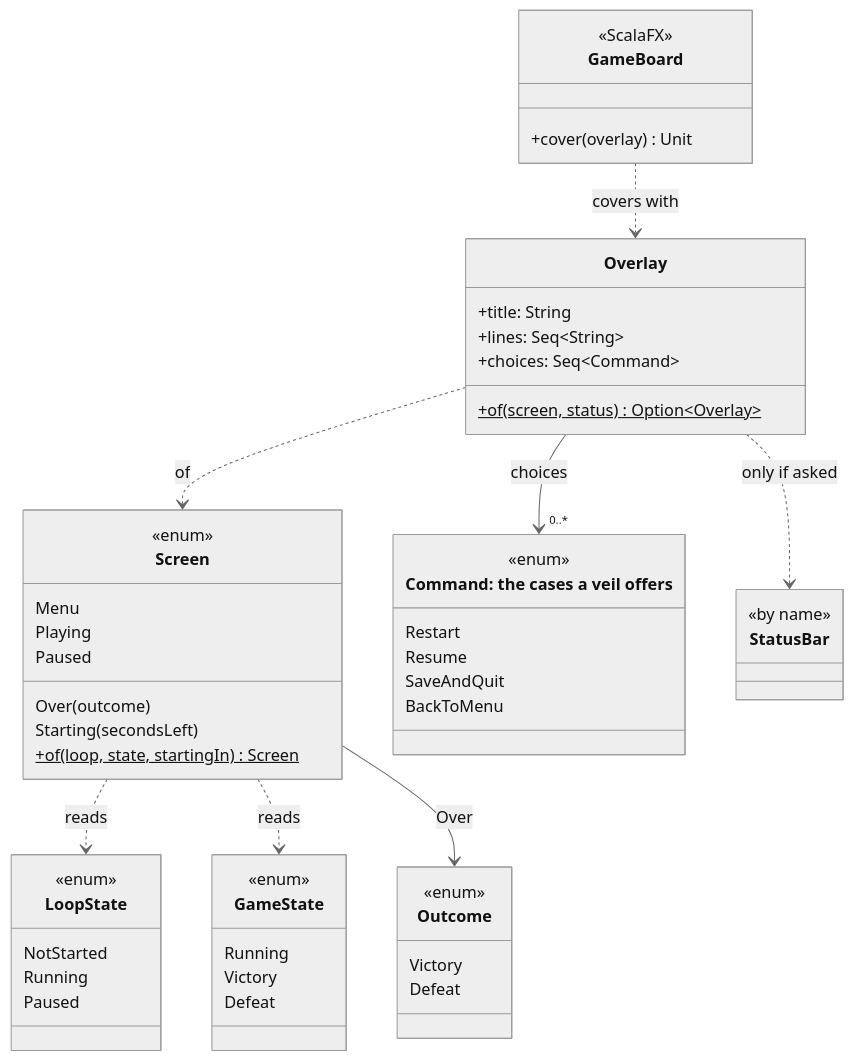
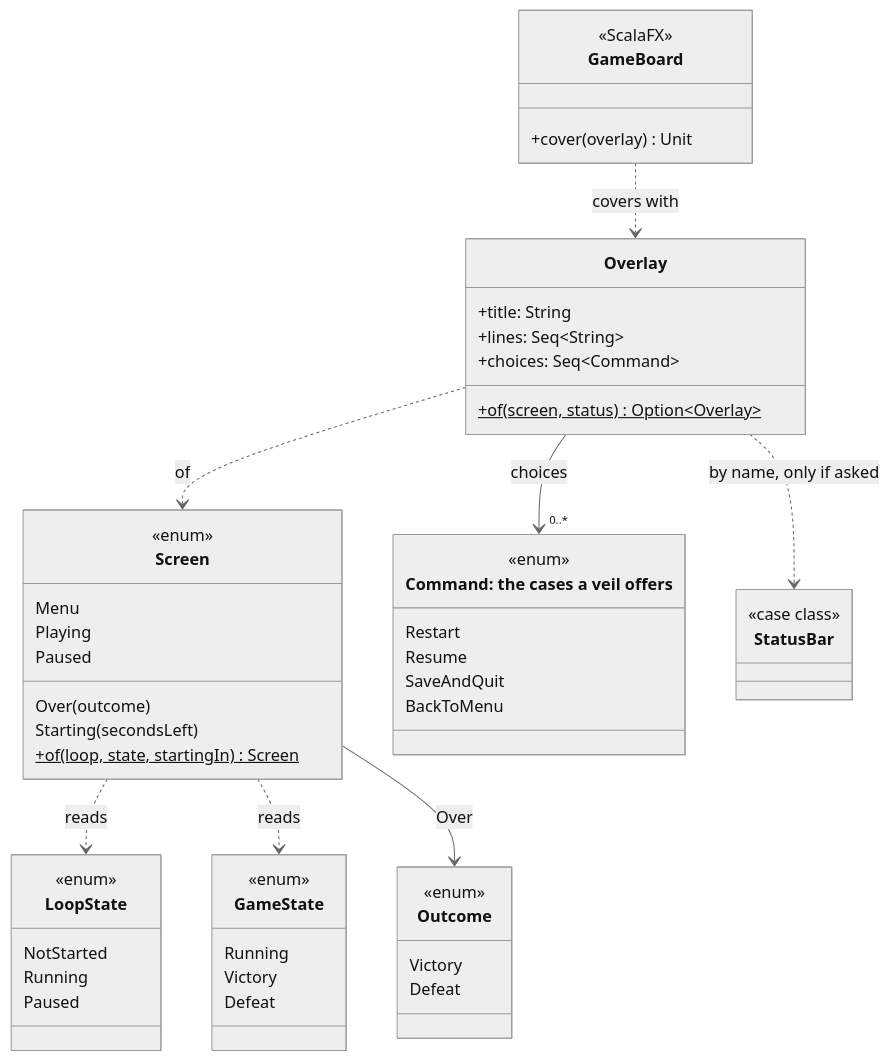
The diagram in docs/uml/ScreensDiagram.mmd (PPS-25/PPS-25-scala-man), drawn with Mermaid before and after one commit. The commit also changed 7 other files, not shown here.

Commit message:
docs(report): align the chapters and the diagrams with the code and the team review

```diff
--- a/docs/uml/ScreensDiagram.mmd
+++ b/docs/uml/ScreensDiagram.mmd
@@ -1,65 +1,65 @@
 %%{init: {"theme": "neutral"}}%%
 classDiagram
   direction TB
 
   class LoopState {
     <<enum>>
     NotStarted
     Running
     Paused
   }
 
   class GameState {
     <<enum>>
     Running
     Victory
     Defeat
   }
 
   class Screen {
     <<enum>>
     Menu
     Playing
     Paused
     Over(outcome)
     Starting(secondsLeft)
     +of(loop, state, startingIn)$ Screen
   }
 
   class Outcome {
     <<enum>>
     Victory
     Defeat
   }
 
   class Overlay {
     +title: String
     +lines: Seq~String~
     +choices: Seq~Command~
     +of(screen, status)$ Option~Overlay~
   }
 
   class Command["Command: the cases a veil offers"] {
     <<enum>>
     Restart
     Resume
     SaveAndQuit
     BackToMenu
   }
 
   class StatusBar {
-    <<by name>>
+    <<case class>>
   }
 
   class GameBoard {
     <<ScalaFX>>
     +cover(overlay) Unit
   }
 
   Screen ..> LoopState : reads
   Screen ..> GameState : reads
   Screen --> Outcome : Over
   Overlay ..> Screen : of
-  Overlay ..> StatusBar : only if asked
+  Overlay ..> StatusBar : by name, only if asked
   Overlay --> "0..*" Command : choices
   GameBoard ..> Overlay : covers with
```
